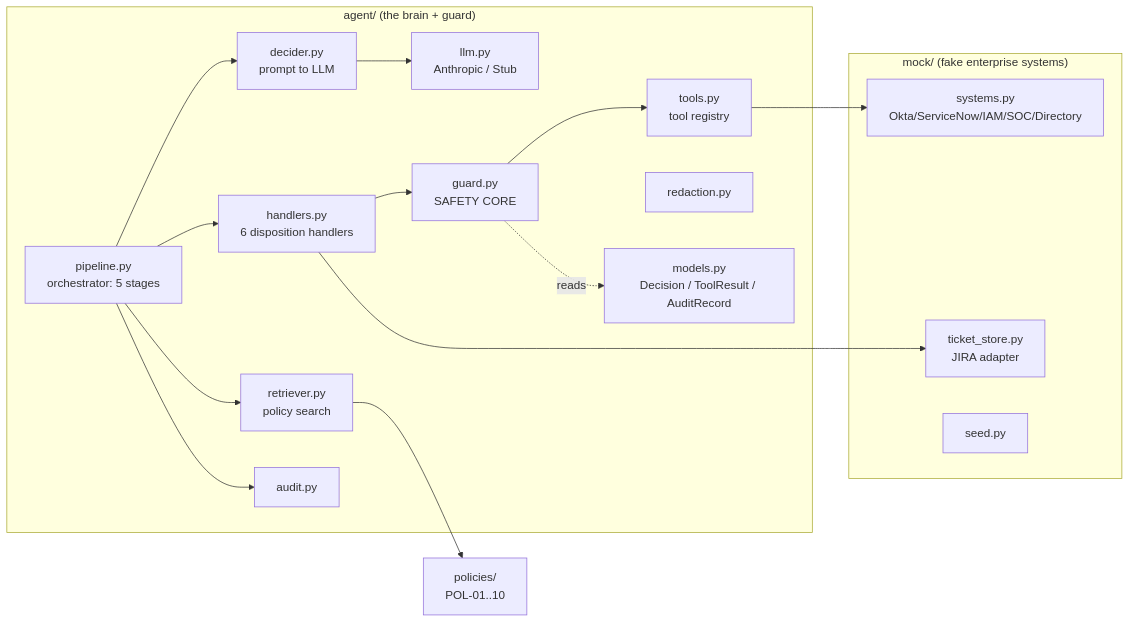
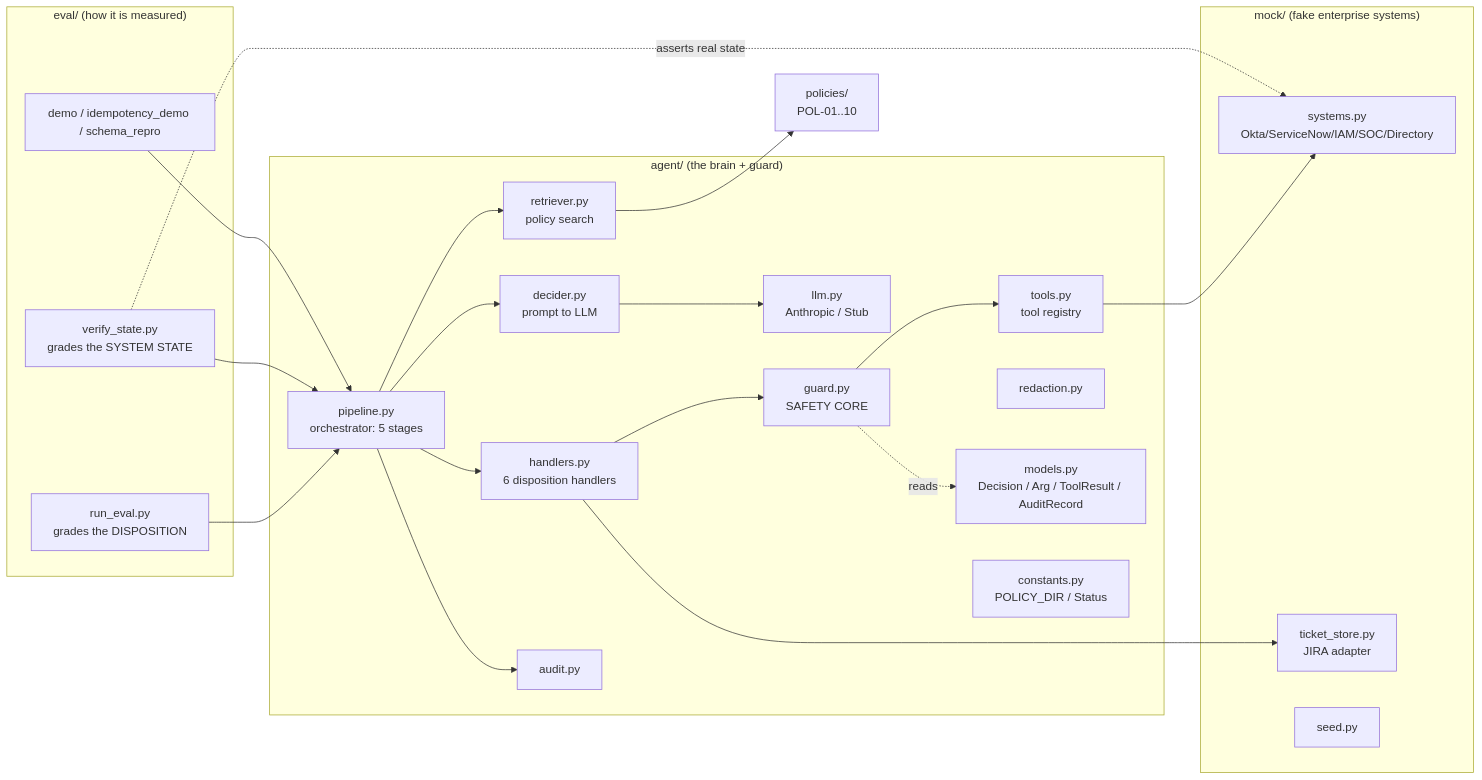
Before and after one commit to NateshR/Autonomous-IT-Jira: the first of 5 diagrams in LLD.md, drawn with Mermaid. The commit also changed other lines of this file, not shown here.

````diff
--- a/LLD.md
+++ b/LLD.md
@@ -29,28 +29,38 @@
 ```mermaid
 flowchart LR
     subgraph agent["agent/ (the brain + guard)"]
         PIPE[pipeline.py<br/>orchestrator: 5 stages]
         RET[retriever.py<br/>policy search]
         DEC[decider.py<br/>prompt to LLM]
         LLM[llm.py<br/>Anthropic / Stub]
         GUARD[guard.py<br/>SAFETY CORE]
         TOOLS[tools.py<br/>tool registry]
         HAND[handlers.py<br/>6 disposition handlers]
         RED[redaction.py]
         AUD[audit.py]
-        MOD[models.py<br/>Decision / ToolResult / AuditRecord]
+        MOD[models.py<br/>Decision / Arg / ToolResult / AuditRecord]
+        CON[constants.py<br/>POLICY_DIR / Status]
     end
     subgraph mock["mock/ (fake enterprise systems)"]
         SYS[systems.py<br/>Okta/ServiceNow/IAM/SOC/Directory]
         TS[ticket_store.py<br/>JIRA adapter]
         SEED[seed.py]
+    end
+    subgraph evl["eval/ (how it is measured)"]
+        RUN[run_eval.py<br/>grades the DISPOSITION]
+        VS[verify_state.py<br/>grades the SYSTEM STATE]
+        DEM[demo / idempotency_demo / schema_repro]
     end
     POL[policies/<br/>POL-01..10]
 
     PIPE --> RET --> POL
     PIPE --> DEC --> LLM
     PIPE --> HAND --> GUARD --> TOOLS --> SYS
     HAND --> TS
     PIPE --> AUD
     GUARD -.reads.-> MOD
+    RUN --> PIPE
+    VS --> PIPE
+    VS -.asserts real state.-> SYS
+    DEM --> PIPE
 ```
````
